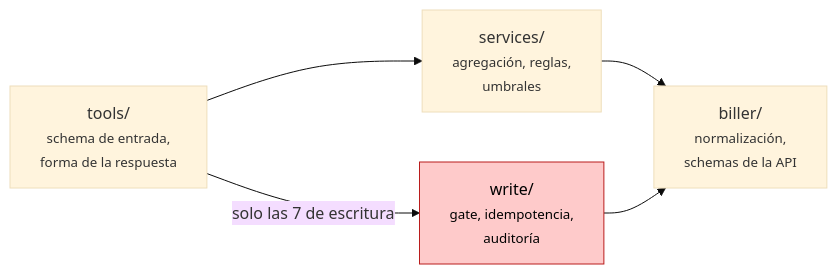
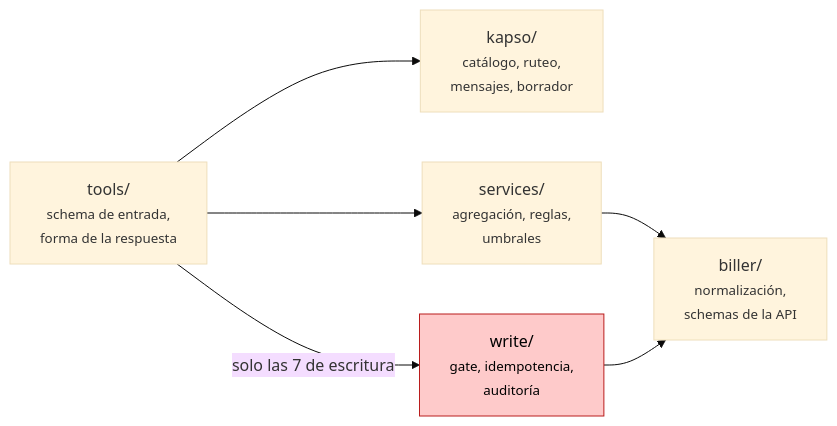
One commit to MateoFabregat/MCP_Biller changed the second of 7 diagrams in docs/ARQUITECTURA.md. Above: the diagram before and after it, drawn with Mermaid (base theme). The commit also changed other lines of this file and 5 other files, not shown here.

````diff
--- a/docs/ARQUITECTURA.md
+++ b/docs/ARQUITECTURA.md
@@ -77,12 +113,14 @@
 ```mermaid
 flowchart LR
     A["tools/<br/><small>schema de entrada,<br/>forma de la respuesta</small>"]
+    K["kapso/<br/><small>catálogo, ruteo,<br/>mensajes, borrador</small>"]
     B["services/<br/><small>agregación, reglas,<br/>umbrales</small>"]
     C["biller/<br/><small>normalización,<br/>schemas de la API</small>"]
     D["write/<br/><small>gate, idempotencia,<br/>auditoría</small>"]
 
+    A --> K
     A --> B --> C
     A -- "solo las 7 de escritura" --> D --> C
 
     style D fill:#fecaca,stroke:#b91c1c,color:#000
 ```
````
